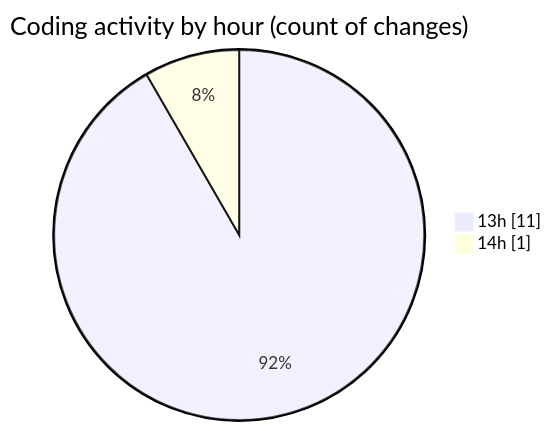
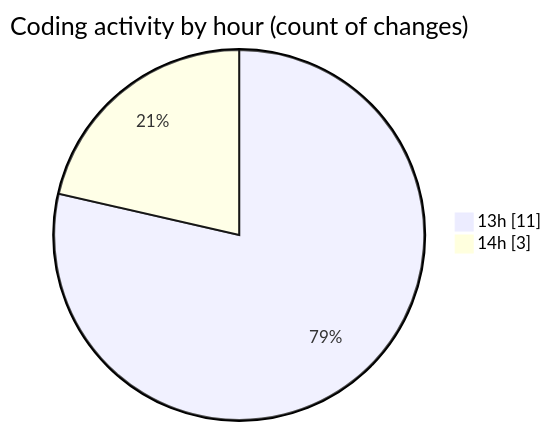
Before and after one commit to lephambinh05/code-tracking: the second of 2 diagrams in 2025-07-22/cnpm/README.md, drawn with Mermaid. The commit also changed other lines of this file and 1 other file, not shown here.

````diff
--- a/2025-07-22/cnpm/README.md
+++ b/2025-07-22/cnpm/README.md
@@ -33,6 +34,6 @@
 ```mermaid
 pie showData
 title Coding activity by hour (count of changes)
 "13h" : 11
-"14h" : 1
+"14h" : 3
 ```
````
